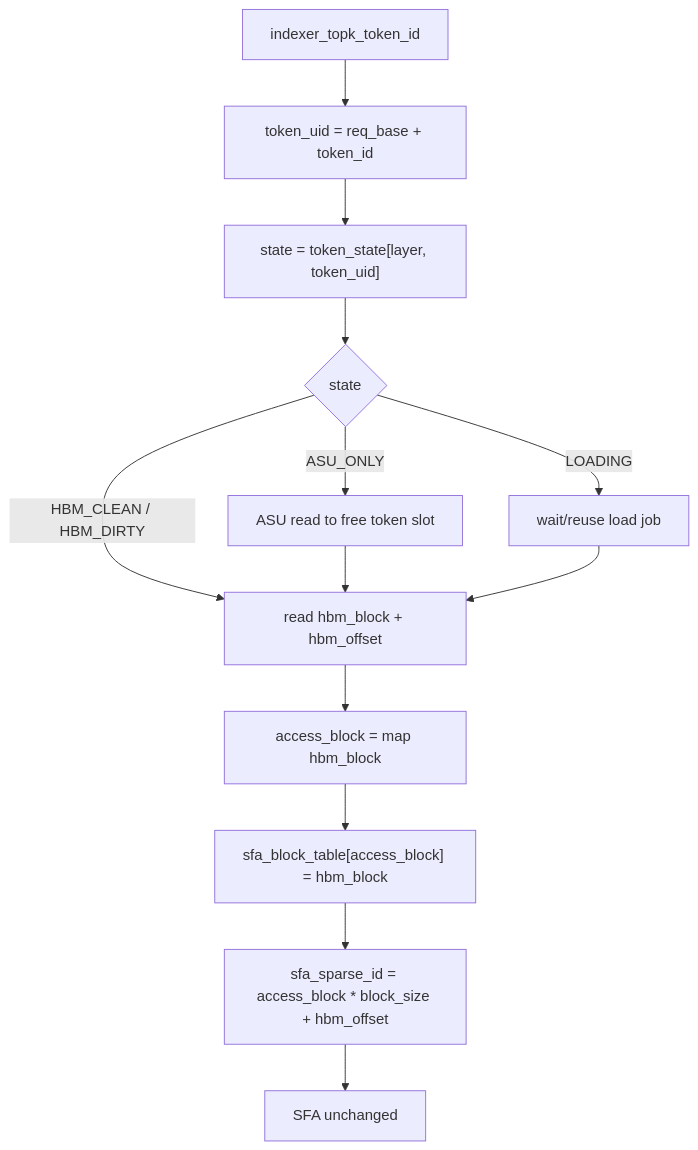
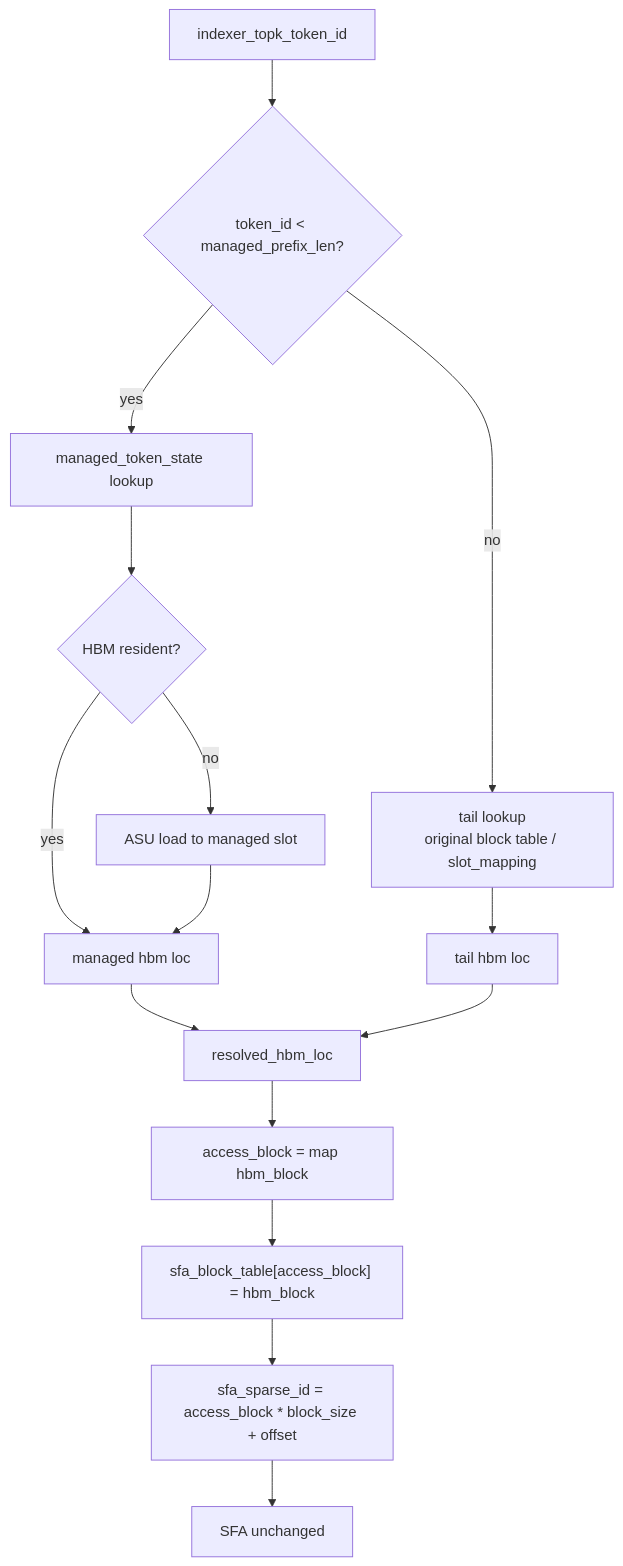
Before and after one commit to ykfnxx/ASU-Ascend: the fourth of 6 diagrams in docs/draft/2026-06-02-npu-hbm-kvcache-management-draft.md, drawn with Mermaid. The commit also changed other lines of this file, not shown here.

Commit message:
Split KVCache managed and tail lookup paths

````diff
--- a/docs/draft/2026-06-02-npu-hbm-kvcache-management-draft.md
+++ b/docs/draft/2026-06-02-npu-hbm-kvcache-management-draft.md
@@ -877,15 +941,17 @@
 ```mermaid
 flowchart TB
-    A["indexer_topk_token_id"] --> B["token_uid = req_base + token_id"]
-    B --> C["state = token_state[layer, token_uid]"]
-    C --> D{"state"}
-    D -- "HBM_CLEAN / HBM_DIRTY" --> E["read hbm_block + hbm_offset"]
-    D -- "ASU_ONLY" --> F["ASU read to free token slot"]
-    D -- "LOADING" --> G["wait/reuse load job"]
+    A["indexer_topk_token_id"] --> B{"token_id < managed_prefix_len?"}
+    B -- "yes" --> C["managed_token_state lookup"]
+    C --> D{"HBM resident?"}
+    D -- "yes" --> E["managed hbm loc"]
+    D -- "no" --> F["ASU load to managed slot"]
     F --> E
-    G --> E
-    E --> H["access_block = map hbm_block"]
-    H --> I["sfa_block_table[access_block] = hbm_block"]
-    I --> J["sfa_sparse_id = access_block * block_size + hbm_offset"]
-    J --> K["SFA unchanged"]
+    B -- "no" --> G["tail lookup<br/>original block table / slot_mapping"]
+    G --> H["tail hbm loc"]
+    E --> I["resolved_hbm_loc"]
+    H --> I
+    I --> J["access_block = map hbm_block"]
+    J --> K["sfa_block_table[access_block] = hbm_block"]
+    K --> L["sfa_sparse_id = access_block * block_size + offset"]
+    L --> M["SFA unchanged"]
 ```
````
